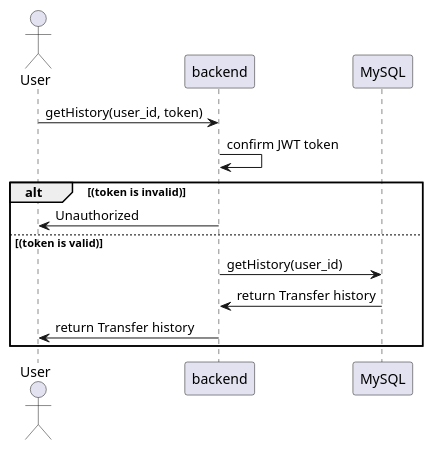
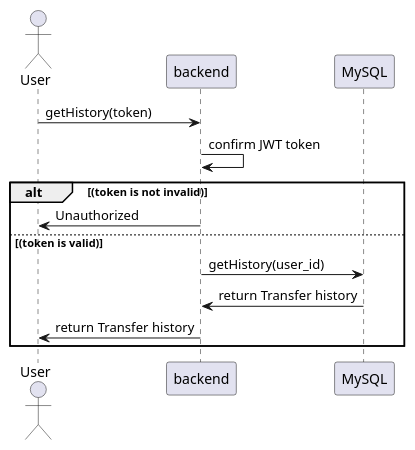
The diagram in docs/fintech/Sequence-Diagram/get-history.puml (minhduc2803/Snail-App), drawn with PlantUML before and after one commit. The commit also changed 18 other files, not shown here.

Commit message:
fixing fintech-mysql fintech-diagram .proto file

```diff
--- a/docs/fintech/Sequence-Diagram/get-history.puml
+++ b/docs/fintech/Sequence-Diagram/get-history.puml
@@ -1,12 +1,12 @@
 @startuml getHistory
     actor User
-    User -> "backend" : getHistory(user_id, token)
+    User -> "backend" : getHistory(token)
     "backend" -> "backend" : confirm JWT token
-    alt (token is invalid)
+    alt (token is not invalid)
     "backend" -> User : Unauthorized
     else (token is valid)
     "backend" -> "MySQL" : getHistory(user_id)
     "MySQL" -> "backend" : return Transfer history
     "backend" -> User : return Transfer history
     end
 @enduml
```
